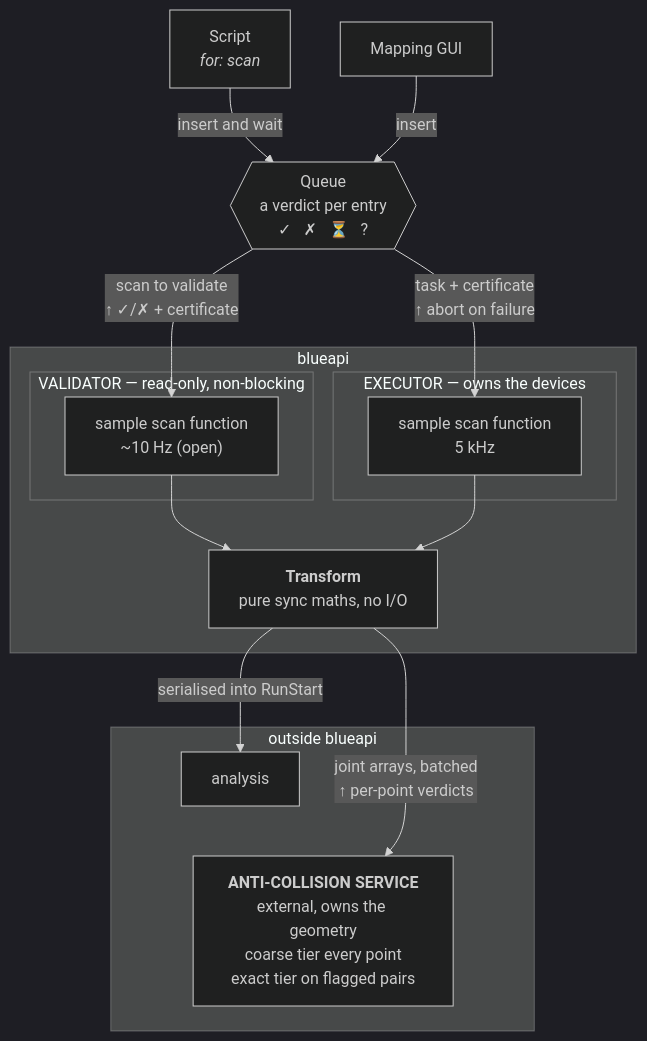
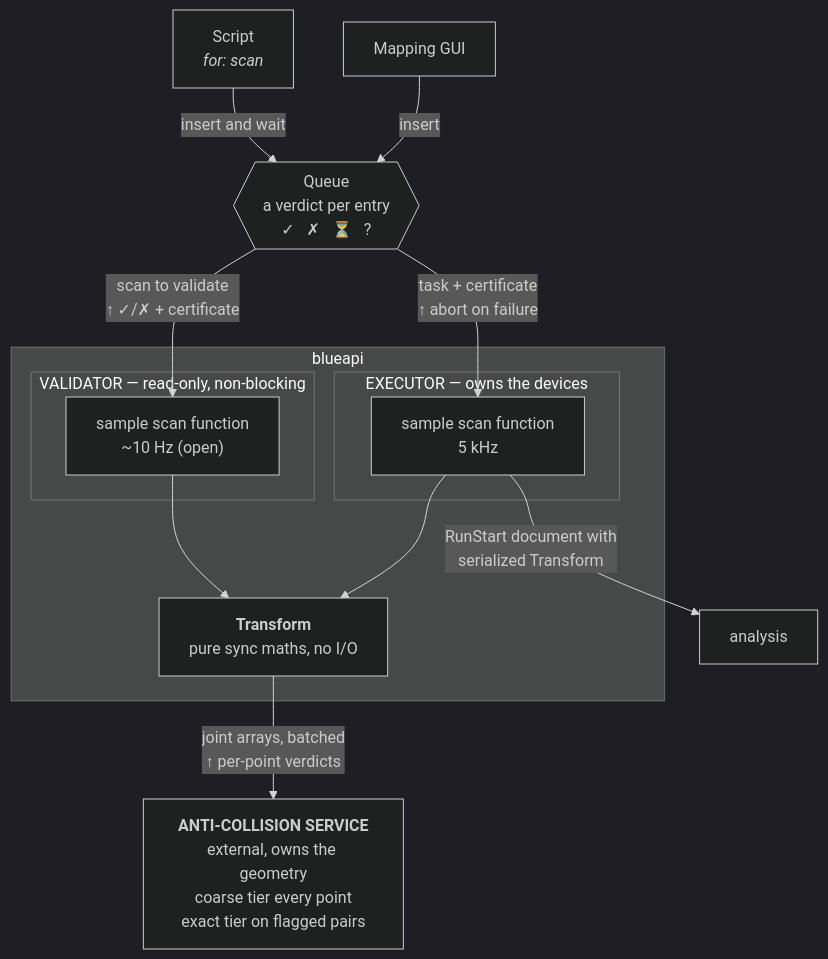
Before and after one commit to coretl/bluesky-architecture: the first of 2 diagrams in docs/explanations/architecture.md, drawn with Mermaid (dark theme). The commit also changed other lines of this file, not shown here.

Commit message:
Diagram: analysis is fed by the executor, drop the external grouping
Two changes from Tom.

The RunStart arrow now comes from the EXECUTOR rather than from Transform, and
says what it carries: "RunStart document with serialized Transform". That is
the accurate picture - the executor is what runs the plan and emits documents;
Transform is maths that gets serialised into one of them, not a thing that
emits. Drawing it from Transform implied the maths had a side channel to
analysis.

The "outside blueapi" grouping is gone. It was introduced to force analysis and
anti-collision to stack, and once analysis moved to the executor it stopped
earning its place - analysis now sits right of the blueapi box and
anti-collision below it, without needing a box to say so.

The prose in the Kinematics section updated to match, and to name what the
serialised Transform carries: the forward maths plus UB, wavelength and
offsets, which is exactly what downstream analysis needs.

Rendered and checked before committing.

````diff
--- a/docs/explanations/architecture.md
+++ b/docs/explanations/architecture.md
@@ -29,32 +29,29 @@
 ```{mermaid}
 flowchart TB
     Script["Script<br/><i>for: scan</i>"]
     GUI["Mapping GUI"]
     Script -- "insert and wait" --> Q
     GUI -- "insert" --> Q
     Q{{"Queue<br/>a verdict per entry<br/>✓ &nbsp; ✗ &nbsp; ⏳ &nbsp; ?"}}
 
     Q -- "scan to validate<br/>↑ ✓/✗ + certificate" --> VS
     Q -- "task + certificate<br/>↑ abort on failure" --> ES
 
     subgraph BA ["blueapi"]
         subgraph V ["VALIDATOR &mdash; read-only, non-blocking"]
             VS["sample scan function<br/>~10 Hz (open)"]
         end
         subgraph E ["EXECUTOR &mdash; owns the devices"]
             ES["sample scan function<br/>5 kHz"]
         end
         KIN["<b>Transform</b><br/>pure sync maths, no I/O"]
     end
 
-    subgraph EXT ["outside blueapi"]
-        AN["analysis"]
-        AC["<b>ANTI-COLLISION SERVICE</b><br/>external, owns the geometry<br/>coarse tier every point<br/>exact tier on flagged pairs"]
-        AN ~~~ AC
-    end
+    AN["analysis"]
+    AC["<b>ANTI-COLLISION SERVICE</b><br/>external, owns the geometry<br/>coarse tier every point<br/>exact tier on flagged pairs"]
 
     VS --> KIN
     ES --> KIN
-    KIN -- "serialised into RunStart" --> AN
+    ES -- "RunStart document with<br/>serialized Transform" --> AN
     KIN -- "joint arrays, batched<br/>↑ per-point verdicts" --> AC
 ```
````
